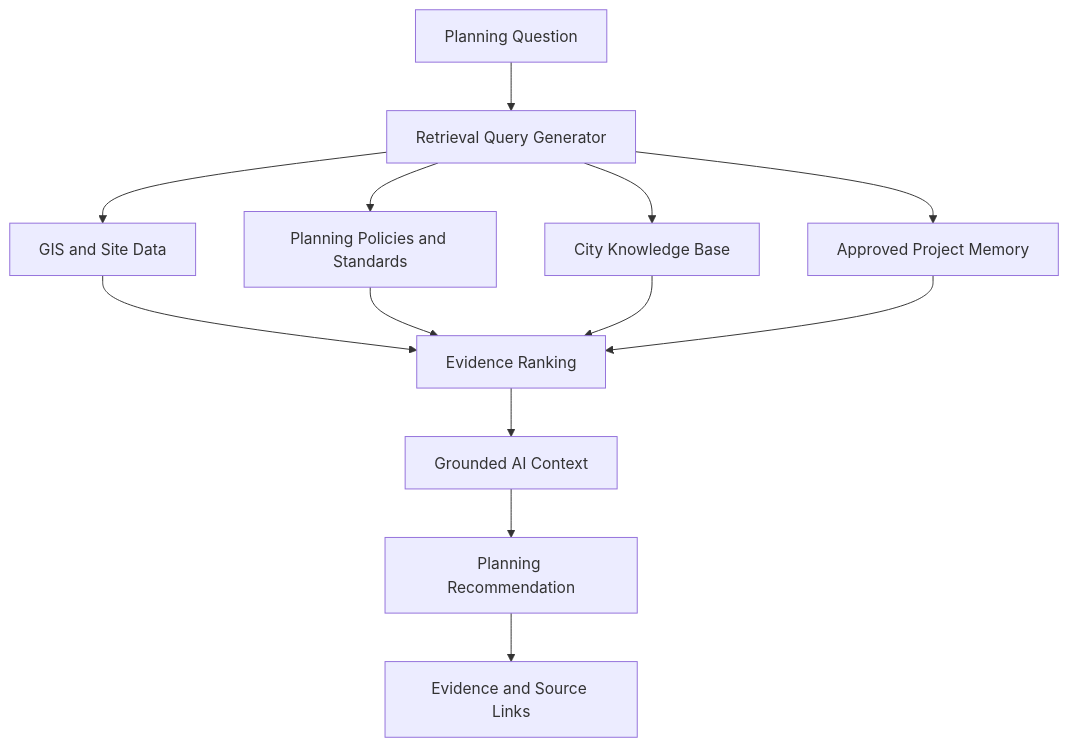
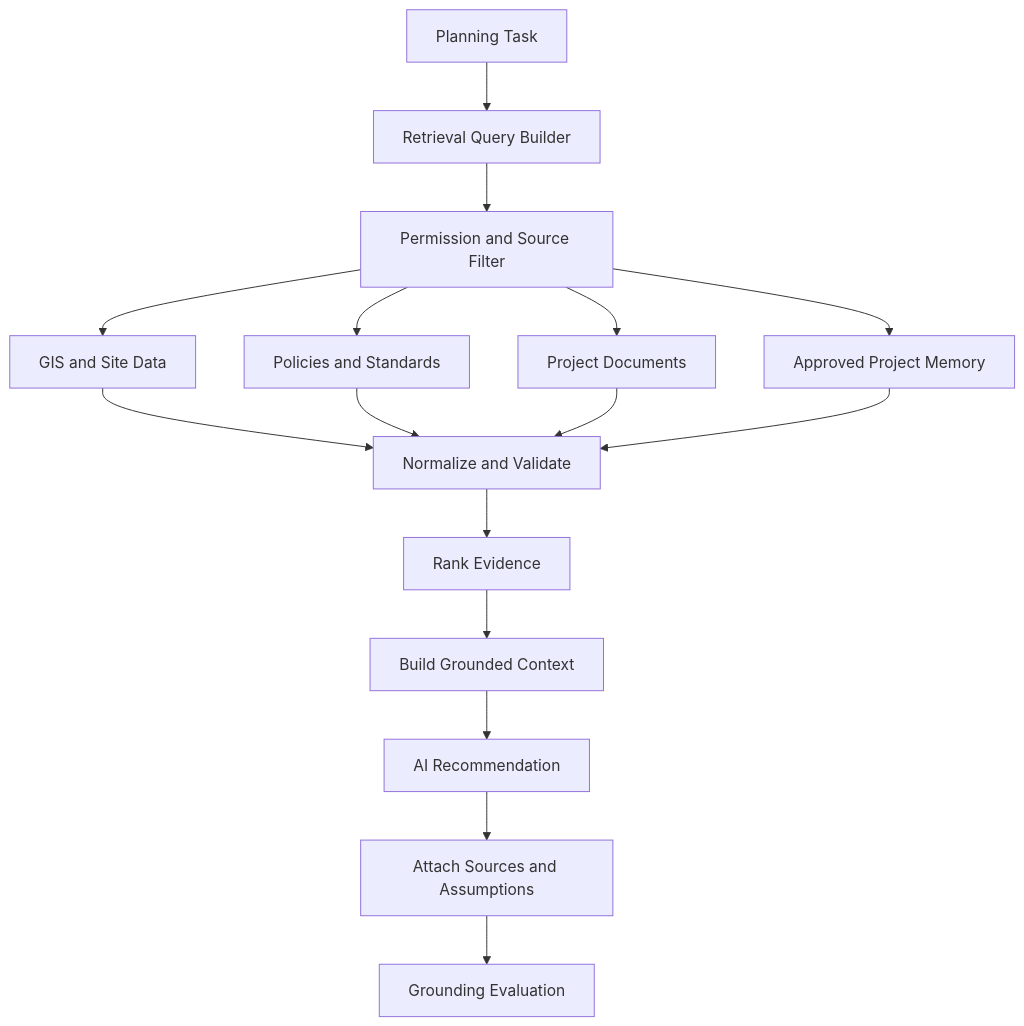
Before and after one commit to 1o8t/AI-Future-Lab: the second of 4 diagrams in docs/AI_MODEL_WORKFLOWS.md, drawn with Mermaid. The commit also changed other lines of this file, not shown here.

````diff
--- a/docs/AI_MODEL_WORKFLOWS.md
+++ b/docs/AI_MODEL_WORKFLOWS.md
@@ -32,15 +379,18 @@
 ```mermaid
 flowchart TD
-    A[Planning Question] --> B[Retrieval Query Generator]
-    B --> C[GIS and Site Data]
-    B --> D[Planning Policies and Standards]
-    B --> E[City Knowledge Base]
-    B --> F[Approved Project Memory]
-    C --> G[Evidence Ranking]
-    D --> G
-    E --> G
-    F --> G
-    G --> H[Grounded AI Context]
-    H --> I[Planning Recommendation]
-    I --> J[Evidence and Source Links]
+    A[Planning Task] --> B[Retrieval Query Builder]
+    B --> C[Permission and Source Filter]
+    C --> D[GIS and Site Data]
+    C --> E[Policies and Standards]
+    C --> F[Project Documents]
+    C --> G[Approved Project Memory]
+    D --> H[Normalize and Validate]
+    E --> H
+    F --> H
+    G --> H
+    H --> I[Rank Evidence]
+    I --> J[Build Grounded Context]
+    J --> K[AI Recommendation]
+    K --> L[Attach Sources and Assumptions]
+    L --> M[Grounding Evaluation]
 ```
````
